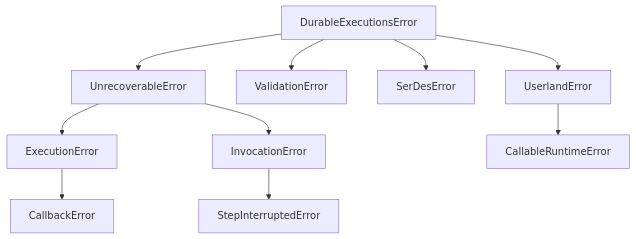
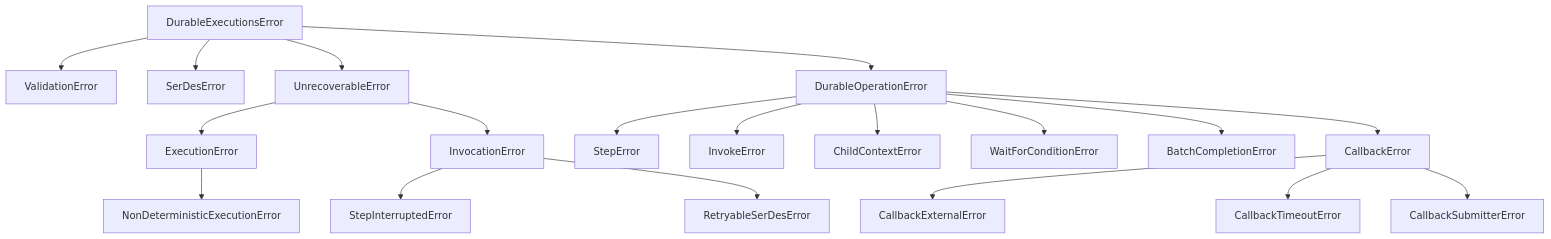
Before and after one commit to aws/aws-durable-execution-docs: the second of 4 diagrams in docs/sdk-reference/error-handling/errors.md, drawn with Mermaid. The commit also changed other lines of this file and 2 other files, not shown here.

````diff
--- a/docs/sdk-reference/error-handling/errors.md
+++ b/docs/sdk-reference/error-handling/errors.md
@@ -105,13 +105,22 @@
     ```mermaid
     graph TD
       DEE[DurableExecutionsError]
-      DEE --> UnrecoverableError
       DEE --> ValidationError
       DEE --> SerDesError
-      DEE --> UserlandError
+      DEE --> UnrecoverableError
+      DEE --> DOE[DurableOperationError]
       UnrecoverableError --> ExecutionError
+      ExecutionError --> NonDeterministicExecutionError
       UnrecoverableError --> InvocationError
-      ExecutionError --> CallbackError
       InvocationError --> StepInterruptedError
-      UserlandError --> CallableRuntimeError
+      InvocationError --> RetryableSerDesError
+      DOE --> StepError
+      DOE --> InvokeError
+      DOE --> ChildContextError
+      DOE --> WaitForConditionError
+      DOE --> BatchCompletionError
+      DOE --> CallbackError
+      CallbackError --> CallbackExternalError
+      CallbackError --> CallbackTimeoutError
+      CallbackError --> CallbackSubmitterError
     ```
````
